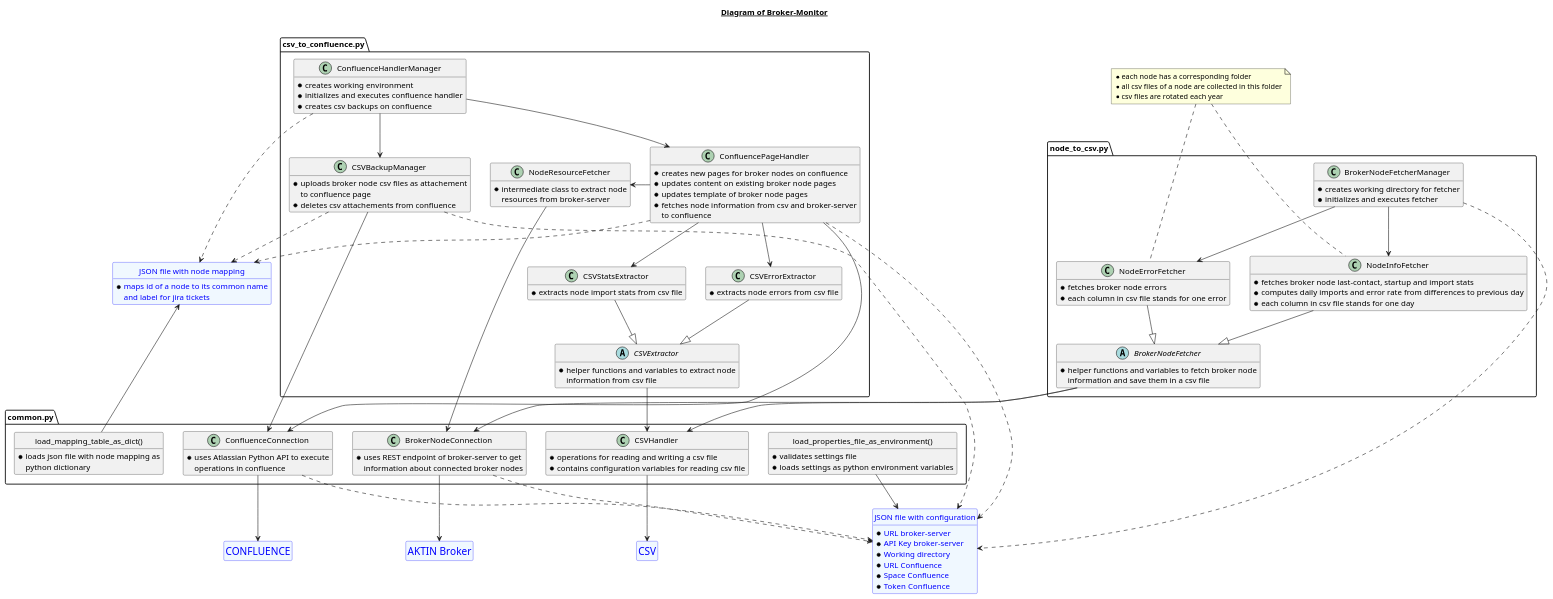
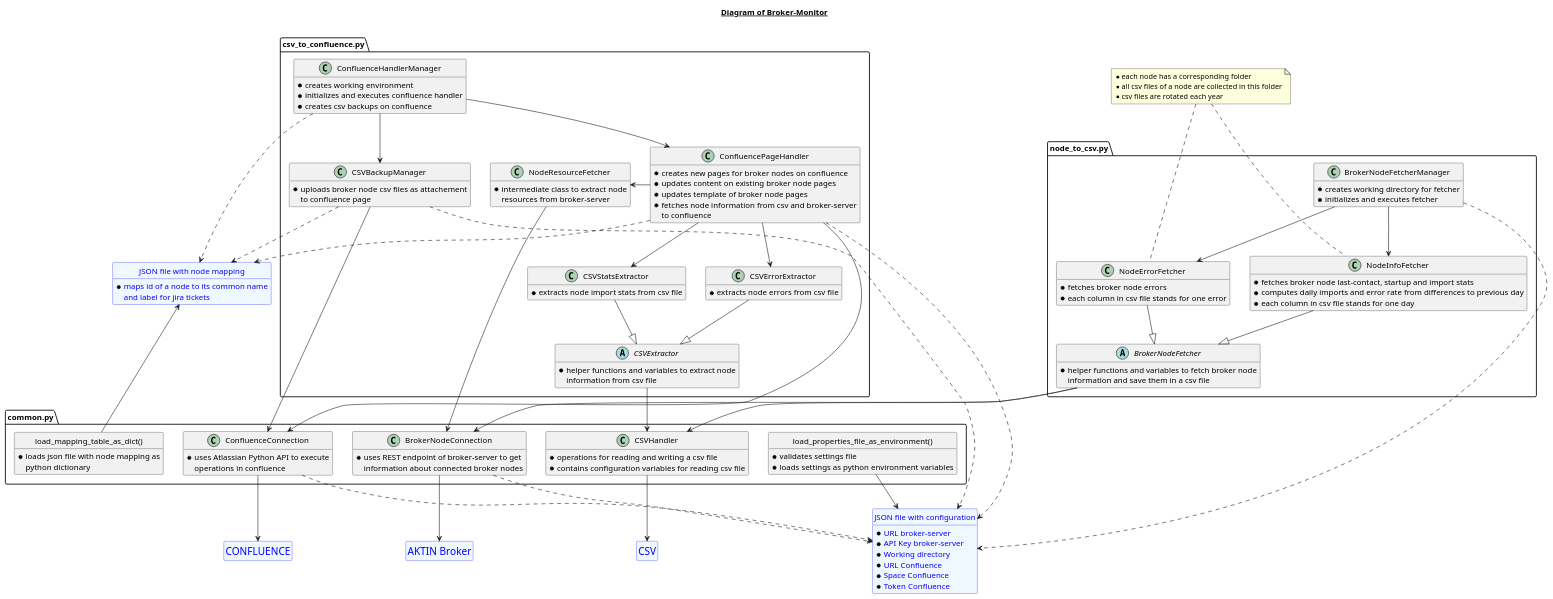
One commit to alexkombie/AKTIN_broker_monitor changed the diagram in docs/architecture/broker-monitor.puml. Above: the diagram before and after it, drawn with PlantUML. The commit also changed 3 other files, not shown here.

Commit message:
added feature to backup csv files as page attachements added functionality to ConfluenceConnection added CSVBackupManager to use functionality adjusted template to dispaly attachements

```diff
--- a/docs/architecture/broker-monitor.puml
+++ b/docs/architecture/broker-monitor.puml
@@ -1,168 +1,167 @@
 @startuml
 hide methods
 
 title __Diagram of Broker-Monitor__\n
 
 entity "<size:18>AKTIN Broker</size>" as broker
 entity broker #aliceblue;line:blue;text:blue
 hide broker members
 hide broker circle
 
 entity "<size:18>CSV</size>" as csv
 entity csv #aliceblue;line:blue;text:blue
 hide csv members
 hide csv circle
 
 entity "<size:18>CONFLUENCE</size>" as confluence
 entity confluence #aliceblue;line:blue;text:blue
 hide confluence members
 hide confluence circle
 
 entity "JSON file with configuration" as settings {
 * URL broker-server
 * API Key broker-server
 * Working directory
 * URL Confluence
 * Space Confluence
 * Token Confluence
 }
 entity settings #aliceblue;line:blue;text:blue
 hide settings circle
 
 entity "JSON file with node mapping" as mapping {
 * maps id of a node to its common name
 and label for jira tickets
 }
 entity mapping #aliceblue;line:blue;text:blue
 hide mapping circle
 
 package "node_to_csv.py" as node_to_csv <<Package>> {
 class BrokerNodeFetcherManager {
 * creates working directory for fetcher
 * initializes and executes fetcher
 }
 
 abstract class BrokerNodeFetcher {
 * helper functions and variables to fetch broker node
 information and save them in a csv file
 }
 
 class NodeErrorFetcher {
 * fetches broker node errors
 * each column in csv file stands for one error
 }
 
 class NodeInfoFetcher {
 * fetches broker node last-contact, startup and import stats
 * computes daily imports and error rate from differences to previous day
 * each column in csv file stands for one day
 }
 }
 
 package "common.py" as common <<Package>> {
 class "load_properties_file_as_environment()" as read_properties {
 * validates settings file
 * loads settings as python environment variables
 }
 hide read_properties circle
 
 class "load_mapping_table_as_dict()" as load_mapping {
 * loads json file with node mapping as
 python dictionary
 }
 hide load_mapping circle
 
 class BrokerNodeConnection {
 * uses REST endpoint of broker-server to get
 information about connected broker nodes
 }
 
 class ConfluenceConnection {
 * uses Atlassian Python API to execute
 operations in confluence
 }
 
 class CSVHandler {
 * operations for reading and writing a csv file
 * contains configuration variables for reading csv file
 }
 }
 
 package "csv_to_confluence.py" as csv_to_confluence {
 abstract class CSVExtractor {
 * helper functions and variables to extract node
 information from csv file
 }
 
 class CSVStatsExtractor {
 * extracts node import stats from csv file
 }
 
 class CSVErrorExtractor {
 * extracts node errors from csv file
 }
 
 class CSVBackupManager {
 * uploads broker node csv files as attachement
 to confluence page
-* deletes csv attachements from confluence
 }
 
 class NodeResourceFetcher {
 * intermediate class to extract node
 resources from broker-server
 }
 
 class ConfluencePageHandler {
 * creates new pages for broker nodes on confluence
 * updates content on existing broker node pages
 * updates template of broker node pages
 * fetches node information from csv and broker-server
 to confluence
 }
 
 class ConfluenceHandlerManager {
 * creates working environment
 * initializes and executes confluence handler
 * creates csv backups on confluence
 }
 }
 
 note "* each node has a corresponding folder\n* all csv files of a node are collected in this folder\n* csv files are rotated each year" as N1
 NodeErrorFetcher .u.. N1
 NodeInfoFetcher .u.. N1
 
 BrokerNodeFetcherManager ..> settings
 BrokerNodeFetcherManager --> NodeInfoFetcher
 BrokerNodeFetcherManager --> NodeErrorFetcher
 NodeInfoFetcher --|> BrokerNodeFetcher
 NodeErrorFetcher --|> BrokerNodeFetcher
 BrokerNodeFetcher --> CSVHandler
 BrokerNodeFetcher --> BrokerNodeConnection
 
 load_mapping -u-> mapping
 ConfluenceHandlerManager --> CSVBackupManager
 ConfluenceHandlerManager --> ConfluencePageHandler
 ConfluenceHandlerManager ..> mapping
 CSVBackupManager ..> mapping
 CSVBackupManager --> ConfluenceConnection
 CSVBackupManager ..> settings
 ConfluencePageHandler ..> mapping
 ConfluencePageHandler ---> ConfluenceConnection
 ConfluencePageHandler ..> settings
 ConfluencePageHandler -> NodeResourceFetcher
 NodeResourceFetcher --> BrokerNodeConnection
 ConfluencePageHandler --> CSVErrorExtractor
 ConfluencePageHandler --> CSVStatsExtractor
 CSVStatsExtractor --|> CSVExtractor
 CSVErrorExtractor --|> CSVExtractor
 CSVExtractor --> CSVHandler
 
 read_properties --> settings
 CSVHandler --> csv
 BrokerNodeConnection --> broker
 BrokerNodeConnection ..> settings
 ConfluenceConnection --> confluence
 ConfluenceConnection ..> settings
 
 @enduml
```
